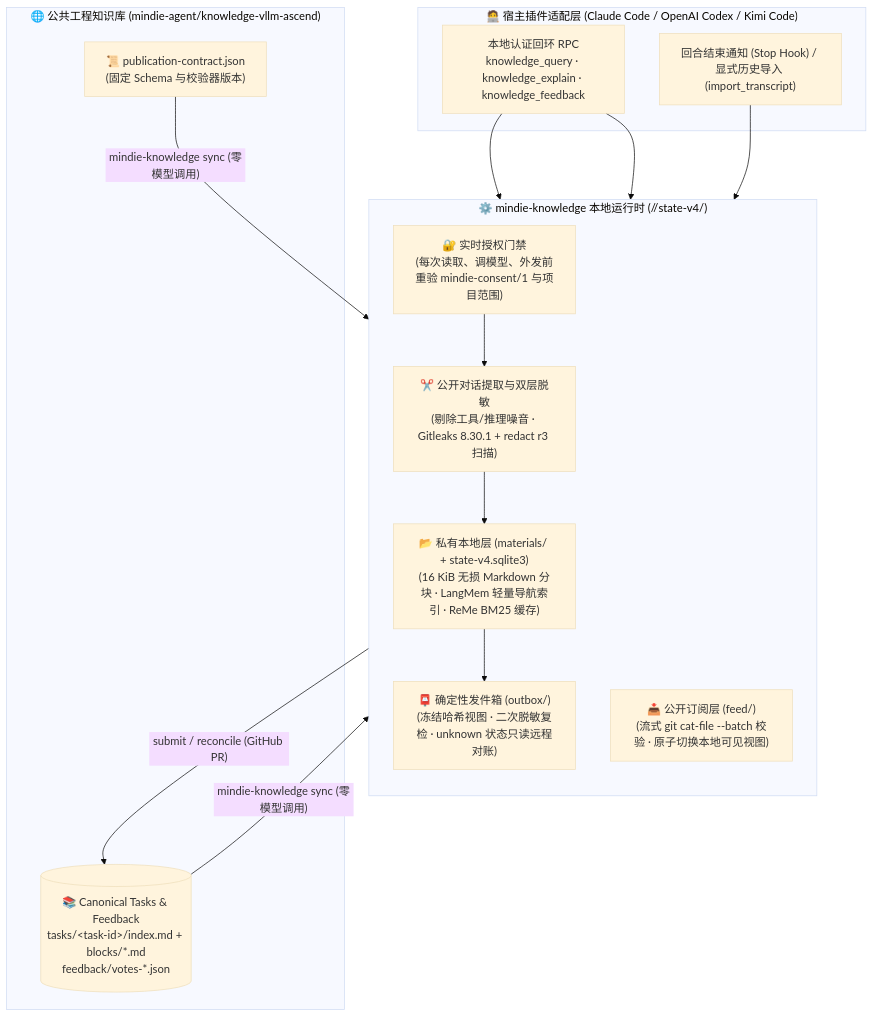
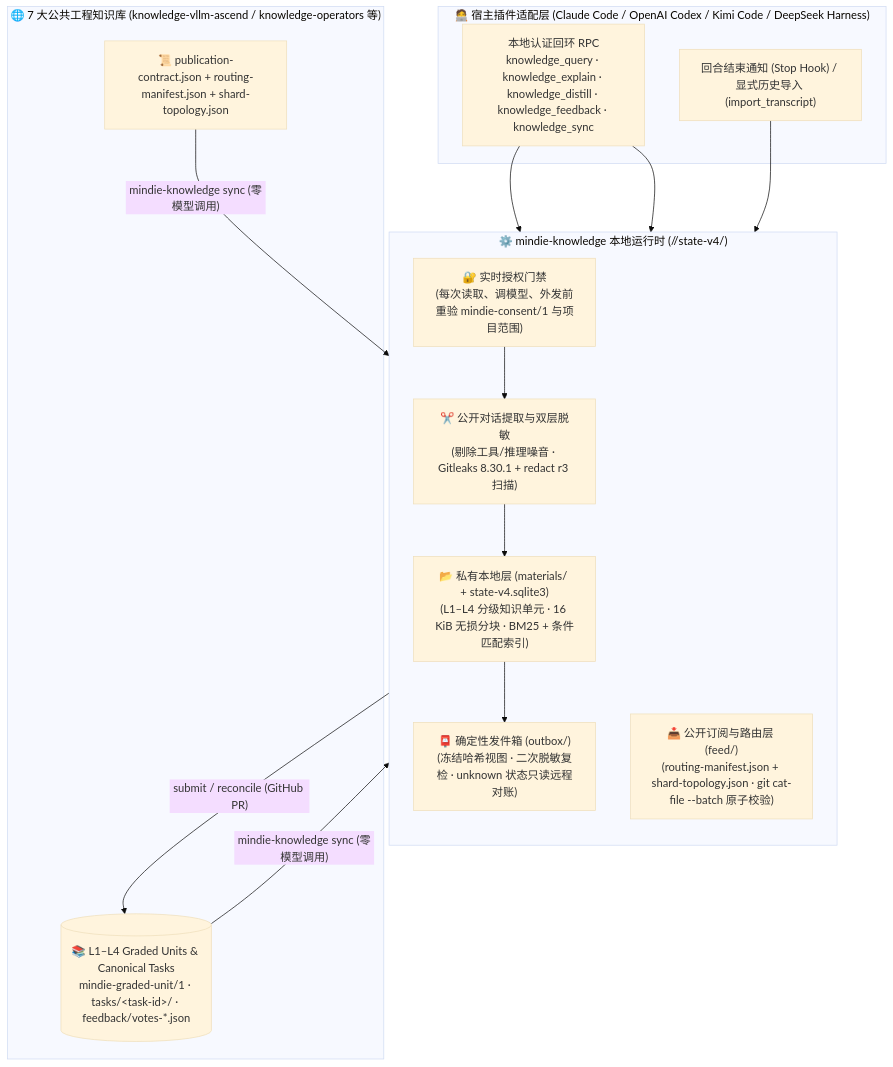
One commit to mindie-agent/knowledge changed the diagram in README.md. Above: the diagram before and after it, drawn with Mermaid (base theme). The commit also changed other lines of this file and 1 other file, not shown here.

````diff
--- a/README.md
+++ b/README.md
@@ -91,28 +113,28 @@
 ```mermaid
 flowchart TB
-  subgraph Clients["🧑‍💻 宿主插件适配层 (Claude Code / OpenAI Codex / Kimi Code)"]
-    MCP["本地认证回环 RPC<br/>knowledge_query · knowledge_explain · knowledge_feedback"]
+  subgraph Clients["🧑‍💻 宿主插件适配层 (Claude Code / OpenAI Codex / Kimi Code / DeepSeek Harness)"]
+    MCP["本地认证回环 RPC<br/>knowledge_query · knowledge_explain · knowledge_distill · knowledge_feedback · knowledge_sync"]
     Hook["回合结束通知 (Stop Hook) / 显式历史导入 (import_transcript)"]
   end
 
   subgraph Engine["⚙️ mindie-knowledge 本地运行时 (<root>/<domain>/state-v4/)"]
     direction TB
     Gate["🔐 实时授权门禁<br/>(每次读取、调模型、外发前重验 mindie-consent/1 与项目范围)"]
     Proj["✂️ 公开对话提取与双层脱敏<br/>(剔除工具/推理噪音 · Gitleaks 8.30.1 + redact r3 扫描)"]
-    Mat["📂 私有本地层 (materials/ + state-v4.sqlite3)<br/>(16 KiB 无损 Markdown 分块 · LangMem 轻量导航索引 · ReMe BM25 缓存)"]
+    Mat["📂 私有本地层 (materials/ + state-v4.sqlite3)<br/>(L1–L4 分级知识单元 · 16 KiB 无损分块 · BM25 + 条件匹配索引)"]
     Out["📮 确定性发件箱 (outbox/)<br/>(冻结哈希视图 · 二次脱敏复检 · unknown 状态只读远程对账)"]
-    FeedCache["📥 公开订阅层 (feed/)<br/>(流式 git cat-file --batch 校验 · 原子切换本地可见视图)"]
+    FeedCache["📥 公开订阅与路由层 (feed/)<br/>(routing-manifest.json + shard-topology.json · git cat-file --batch 原子校验)"]
 
     Gate --> Proj --> Mat --> Out
   end
 
-  subgraph Upstream["🌐 公共工程知识库 (mindie-agent/knowledge-vllm-ascend)"]
-    Contract["📜 publication-contract.json<br/>(固定 Schema 与校验器版本)"]
-    Tasks[("📚 Canonical Tasks & Feedback<br/>tasks/&lt;task-id&gt;/index.md + blocks/*.md<br/>feedback/votes-*.json")]
+  subgraph Upstream["🌐 7 大公共工程知识库 (knowledge-vllm-ascend / knowledge-operators 等)"]
+    Contract["📜 publication-contract.json + routing-manifest.json + shard-topology.json"]
+    Tasks[("📚 L1–L4 Graded Units & Canonical Tasks<br/>mindie-graded-unit/1 · tasks/&lt;task-id&gt;/ · feedback/votes-*.json")]
   end
 
   MCP --> Mat & FeedCache
   Hook --> Gate
   Out -- "submit / reconcile (GitHub PR)" --> Tasks
   Contract & Tasks -- "mindie-knowledge sync (零模型调用)" --> FeedCache
 ```
````
